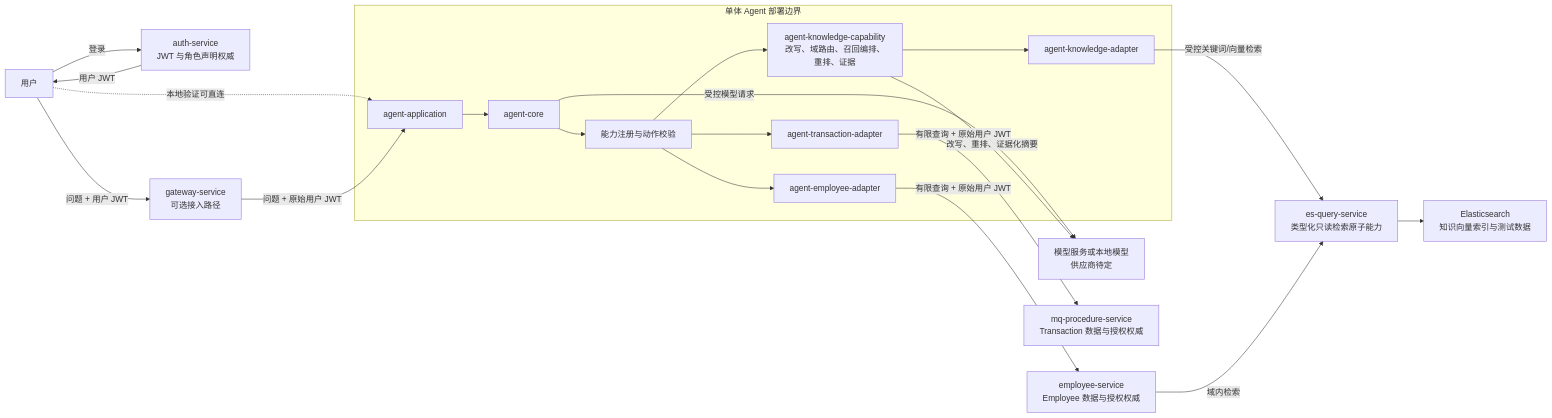
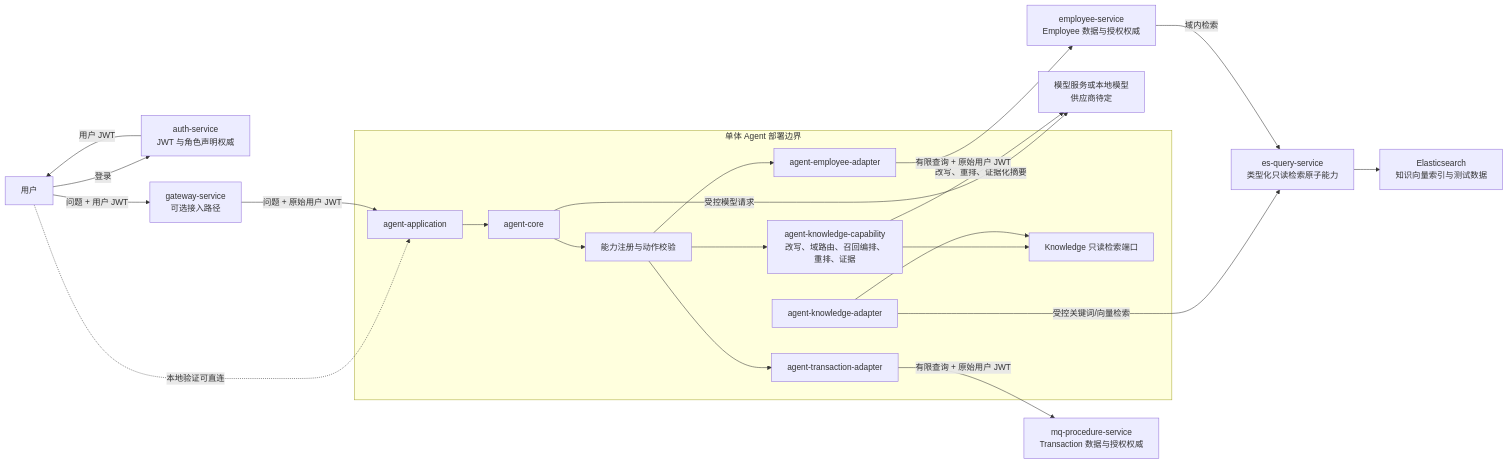
The first of 4 diagrams in docs/design/SINGLE_AGENT_ARCHITECTURE.md (KyriosoO/springcloud-demo), drawn with Mermaid before and after one commit. The commit also changed other lines of this file and 2 other files, not shown here.

Commit message:
docs: review and refine single-agent L0 architecture

````diff
--- a/docs/design/SINGLE_AGENT_ARCHITECTURE.md
+++ b/docs/design/SINGLE_AGENT_ARCHITECTURE.md
@@ -216,41 +217,43 @@
 ```mermaid
 flowchart LR
     User["用户"]
     Auth["auth-service<br/>JWT 与角色声明权威"]
     Gateway["gateway-service<br/>可选接入路径"]
 
     subgraph AgentBoundary["单体 Agent 部署边界"]
         AgentApp["agent-application"]
         AgentCore["agent-core"]
         Registry["能力注册与动作校验"]
         KnowledgeCapability["agent-knowledge-capability<br/>改写、域路由、召回编排、重排、证据"]
+        KnowledgeRetrievalPort["Knowledge 只读检索端口"]
         KnowledgeAdapter["agent-knowledge-adapter"]
         EmployeeAdapter["agent-employee-adapter"]
         TransactionAdapter["agent-transaction-adapter"]
     end
 
     Model["模型服务或本地模型<br/>供应商待定"]
     Employee["employee-service<br/>Employee 数据与授权权威"]
     Transaction["mq-procedure-service<br/>Transaction 数据与授权权威"]
     EsQuery["es-query-service<br/>类型化只读检索原子能力"]
     Elasticsearch["Elasticsearch<br/>知识向量索引与测试数据"]
 
     User -->|"登录"| Auth
     Auth -->|"用户 JWT"| User
     User -->|"问题 + 用户 JWT"| Gateway
     User -.->|"本地验证可直连"| AgentApp
     Gateway -->|"问题 + 原始用户 JWT"| AgentApp
     AgentApp --> AgentCore
     AgentCore --> Registry
     AgentCore -->|"受控模型请求"| Model
     Registry --> KnowledgeCapability
     Registry --> EmployeeAdapter
     Registry --> TransactionAdapter
     KnowledgeCapability -->|"改写、重排、证据化摘要"| Model
-    KnowledgeCapability --> KnowledgeAdapter
+    KnowledgeCapability --> KnowledgeRetrievalPort
+    KnowledgeAdapter --> KnowledgeRetrievalPort
     KnowledgeAdapter -->|"受控关键词/向量检索"| EsQuery
     EsQuery --> Elasticsearch
     EmployeeAdapter -->|"有限查询 + 原始用户 JWT"| Employee
     TransactionAdapter -->|"有限查询 + 原始用户 JWT"| Transaction
     Employee -->|"域内检索"| EsQuery
 ```
````
